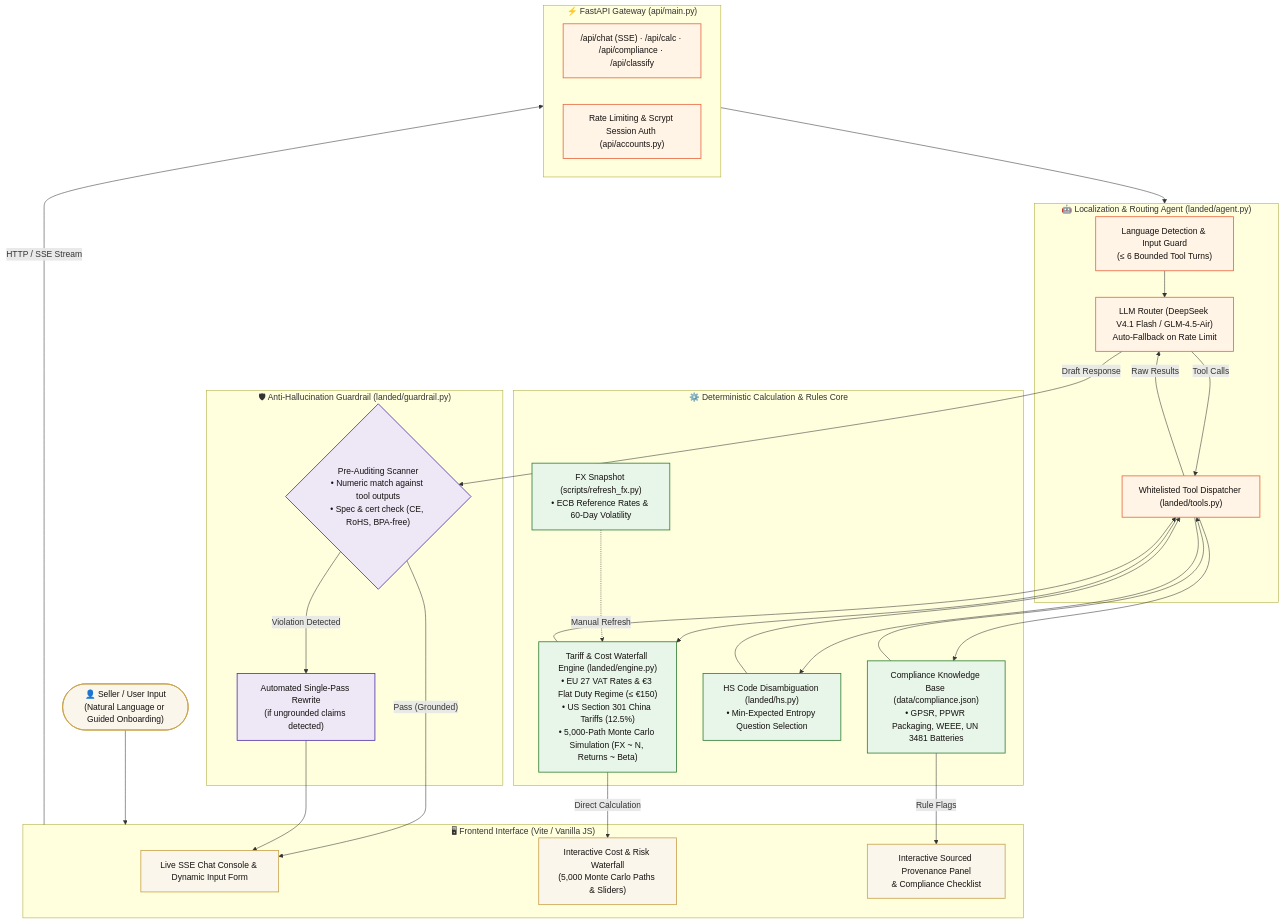
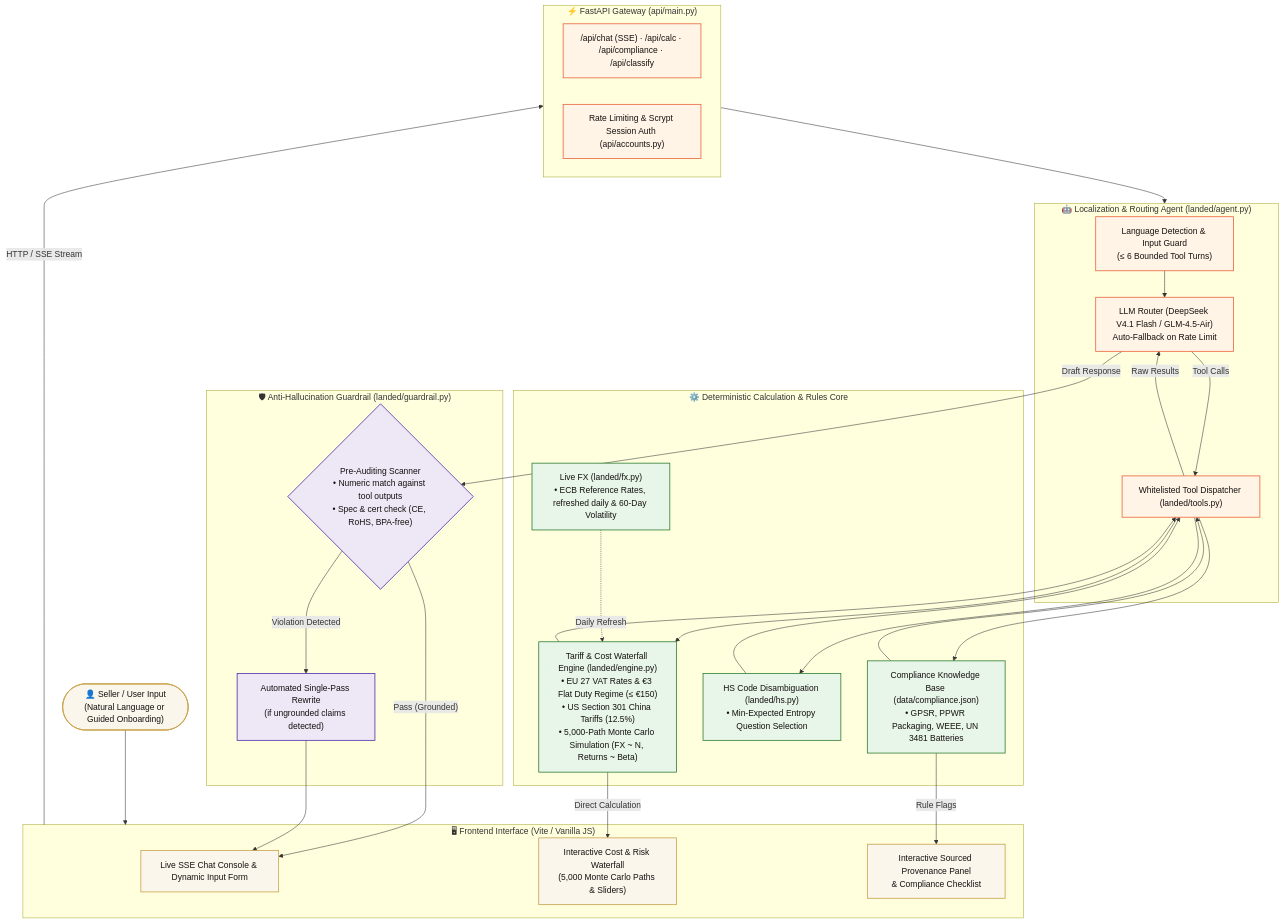
The diagram in README.md (davensutejo/Landed), drawn with Mermaid before and after one commit. The commit also changed other lines of this file and 12 other files, not shown here.

First line of the commit message:
Live ECB FX, daily; workspace shows the price first

````diff
--- a/README.md
+++ b/README.md
@@ -36,62 +36,62 @@
 ```mermaid
 flowchart TD
     classDef ui fill:#FAF6EC,stroke:#C9A24B,stroke-width:1.5px,color:#14110F;
     classDef agent fill:#FFF4E6,stroke:#E8643C,stroke-width:1.5px,color:#14110F;
     classDef engine fill:#E8F5E9,stroke:#2E7D32,stroke-width:1.5px,color:#14110F;
     classDef guard fill:#EDE7F6,stroke:#512DA8,stroke-width:1.5px,color:#14110F;
 
     User(["👤 Seller / User Input\n(Natural Language or Guided Onboarding)"]):::ui
 
     subgraph Frontend ["🖥 Frontend Interface (Vite / Vanilla JS)"]
         UI_Chat["Live SSE Chat Console & Dynamic Input Form"]:::ui
         UI_Card["Interactive Cost & Risk Waterfall\n(5,000 Monte Carlo Paths & Sliders)"]:::ui
         UI_Audit["Interactive Sourced Provenance Panel\n& Compliance Checklist"]:::ui
     end
 
     subgraph Gateway ["⚡ FastAPI Gateway (api/main.py)"]
         API_Route["/api/chat (SSE) · /api/calc · /api/compliance · /api/classify"]:::agent
         RateLimit["Rate Limiting & Scrypt Session Auth (api/accounts.py)"]:::agent
     end
 
     subgraph AgentLoop ["🤖 Localization & Routing Agent (landed/agent.py)"]
         IntentRouter["Language Detection & Input Guard\n(≤ 6 Bounded Tool Turns)"]:::agent
         LLM["LLM Router (DeepSeek V4.1 Flash / GLM-4.5-Air)\nAuto-Fallback on Rate Limit"]:::agent
         ToolDispatch["Whitelisted Tool Dispatcher (landed/tools.py)"]:::agent
     end
 
     subgraph DeterministicCore ["⚙️ Deterministic Calculation & Rules Core"]
         Engine["Tariff & Cost Waterfall Engine (landed/engine.py)\n• EU 27 VAT Rates & €3 Flat Duty Regime (≤ €150)\n• US Section 301 China Tariffs (12.5%)\n• 5,000-Path Monte Carlo Simulation (FX ~ N, Returns ~ Beta)"]:::engine
         HSEntropy["HS Code Disambiguation (landed/hs.py)\n• Min-Expected Entropy Question Selection"]:::engine
-        ECBSync["FX Snapshot (scripts/refresh_fx.py)\n• ECB Reference Rates & 60-Day Volatility"]:::engine
+        ECBSync["Live FX (landed/fx.py)\n• ECB Reference Rates, refreshed daily & 60-Day Volatility"]:::engine
         ComplianceRules["Compliance Knowledge Base (data/compliance.json)\n• GPSR, PPWR Packaging, WEEE, UN 3481 Batteries"]:::engine
     end
 
     subgraph PostAudit ["🛡 Anti-Hallucination Guardrail (landed/guardrail.py)"]
         GuardAudit{"Pre-Auditing Scanner\n• Numeric match against tool outputs\n• Spec & cert check (CE, RoHS, BPA-free)"}:::guard
         Rewrite["Automated Single-Pass Rewrite\n(if ungrounded claims detected)"]:::guard
     end
 
     %% Flow connections
     User --> Frontend
     Frontend -->|HTTP / SSE Stream| Gateway
     Gateway --> AgentLoop
     IntentRouter --> LLM
     LLM -->|Tool Calls| ToolDispatch
     ToolDispatch --> Engine
     ToolDispatch --> HSEntropy
     ToolDispatch --> ComplianceRules
-    ECBSync -.->|Manual Refresh| Engine
+    ECBSync -.->|Daily Refresh| Engine
 
     Engine --> ToolDispatch
     HSEntropy --> ToolDispatch
     ComplianceRules --> ToolDispatch
 
     ToolDispatch -->|Raw Results| LLM
     LLM -->|Draft Response| GuardAudit
     GuardAudit -- "Pass (Grounded)" --> UI_Chat
     GuardAudit -- "Violation Detected" --> Rewrite
     Rewrite --> UI_Chat
 
     Engine -->|Direct Calculation| UI_Card
     ComplianceRules -->|Rule Flags| UI_Audit
 ```
````
